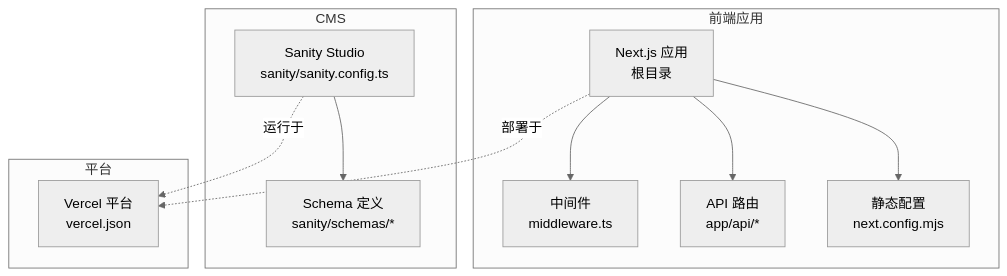
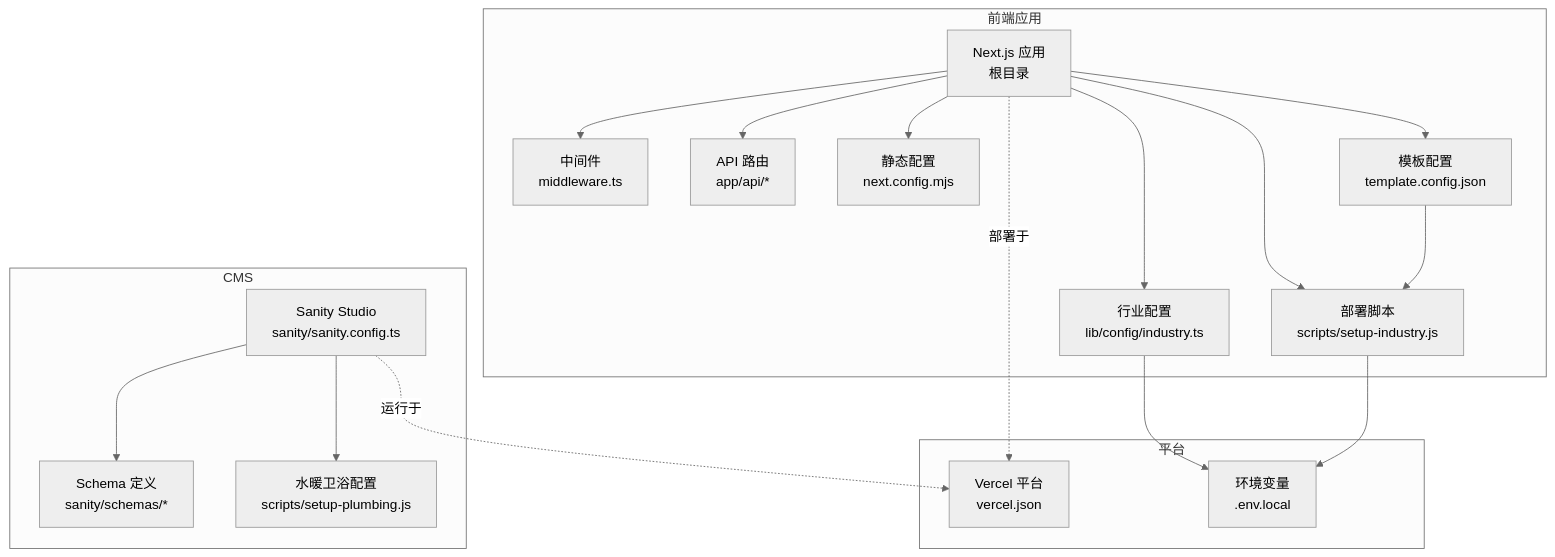
The first of 7 diagrams in .qoder/repowiki/zh/content/部署和运维/部署和运维.md (waltzhan/LEDTrade), drawn with Mermaid (neutral theme) before and after one commit. The commit also changed other lines of this file and 20 other files, not shown here.

````diff
--- a/.qoder/repowiki/zh/content/部署和运维/部署和运维.md
+++ b/.qoder/repowiki/zh/content/部署和运维/部署和运维.md
@@ -49,22 +140,34 @@
 ```mermaid
 graph TB
 subgraph "前端应用"
 A["Next.js 应用<br/>根目录"]
 B["中间件<br/>middleware.ts"]
 C["API 路由<br/>app/api/*"]
 D["静态配置<br/>next.config.mjs"]
+E["行业配置<br/>lib/config/industry.ts"]
+F["部署脚本<br/>scripts/setup-industry.js"]
+G["模板配置<br/>template.config.json"]
 end
 subgraph "CMS"
-E["Sanity Studio<br/>sanity/sanity.config.ts"]
-F["Schema 定义<br/>sanity/schemas/*"]
+H["Sanity Studio<br/>sanity/sanity.config.ts"]
+I["Schema 定义<br/>sanity/schemas/*"]
+J["水暖卫浴配置<br/>scripts/setup-plumbing.js"]
 end
 subgraph "平台"
-G["Vercel 平台<br/>vercel.json"]
+K["Vercel 平台<br/>vercel.json"]
+L["环境变量<br/>.env.local"]
 end
 A --> B
 A --> C
 A --> D
-A -. 部署于 .-> G
-E --> F
-E -. 运行于 .-> G
+A --> E
+A --> F
+A --> G
+A -. 部署于 .-> K
+E --> L
+F --> L
+H --> I
+H --> J
+H -. 运行于 .-> K
+G --> F
 ```
````
